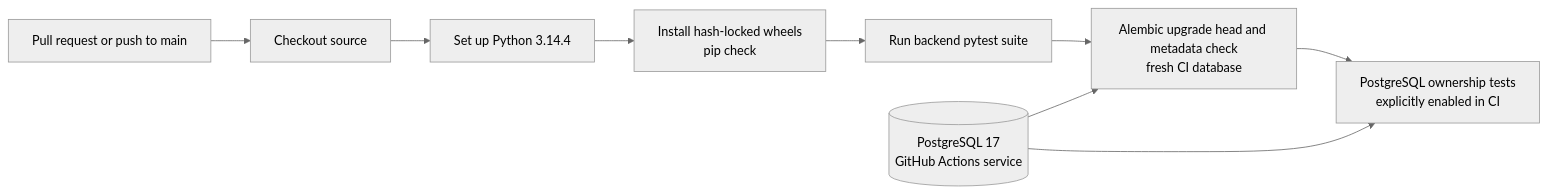
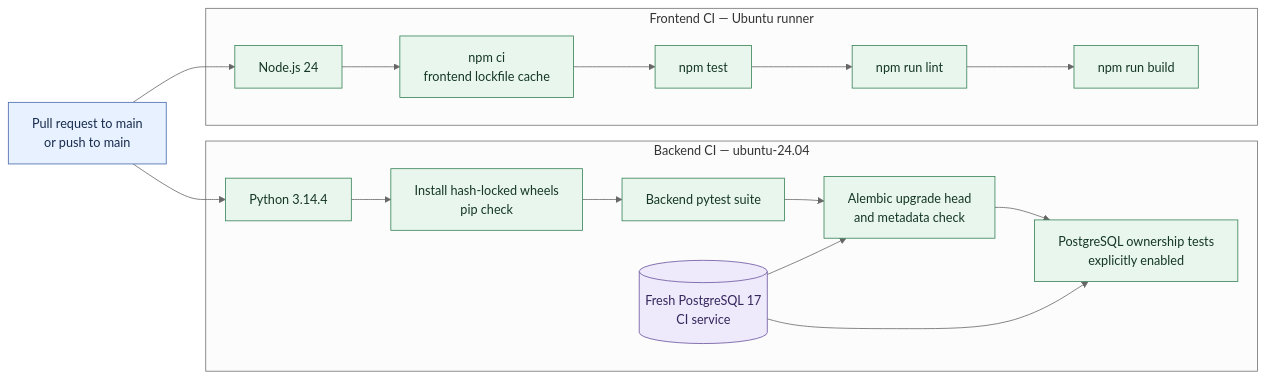
The diagram in docs/architecture/ci-pipeline.md (aftabmm07/job-application-tracker), drawn with Mermaid (neutral theme) before and after one commit. The commit also changed other lines of this file and 9 other files, not shown here.

````diff
--- a/docs/architecture/ci-pipeline.md
+++ b/docs/architecture/ci-pipeline.md
@@ -6,12 +8,28 @@
 ```mermaid
 flowchart LR
-    trigger["Pull request or push to main"] --> checkout["Checkout source"]
-    checkout --> python["Set up Python 3.14.4"]
-    python --> install["Install hash-locked wheels<br/>pip check"]
-    install --> pytest["Run backend pytest suite"]
-    pytest --> migration["Alembic upgrade head and metadata check<br/>fresh CI database"]
-    migration --> ownership["PostgreSQL ownership tests<br/>explicitly enabled in CI"]
-    postgres[("PostgreSQL 17<br/>GitHub Actions service")]
-    postgres --> migration
-    postgres --> ownership
+    trigger["Pull request to main<br/>or push to main"]
+    subgraph backend["Backend CI — ubuntu-24.04"]
+        py["Python 3.14.4"] --> wheels["Install hash-locked wheels<br/>pip check"]
+        wheels --> tests["Backend pytest suite"]
+        tests --> migration["Alembic upgrade head<br/>and metadata check"]
+        migration --> ownership["PostgreSQL ownership tests<br/>explicitly enabled"]
+        postgres[("Fresh PostgreSQL 17<br/>CI service")]
+        postgres --> migration
+        postgres --> ownership
+    end
+    subgraph frontend["Frontend CI — Ubuntu runner"]
+        node["Node.js 24"] --> npm["npm ci<br/>frontend lockfile cache"]
+        npm --> unit["npm test"]
+        unit --> lint["npm run lint"]
+        lint --> build["npm run build"]
+    end
+    trigger --> py
+    trigger --> node
+
+    classDef entry fill:#e8f1ff,stroke:#4466aa,color:#172b4d
+    classDef check fill:#e8f6ed,stroke:#348054,color:#153723
+    classDef data fill:#eee9fb,stroke:#69529d,color:#35265c
+    class trigger entry
+    class py,wheels,tests,migration,ownership,node,npm,unit,lint,build check
+    class postgres data
 ```
````
